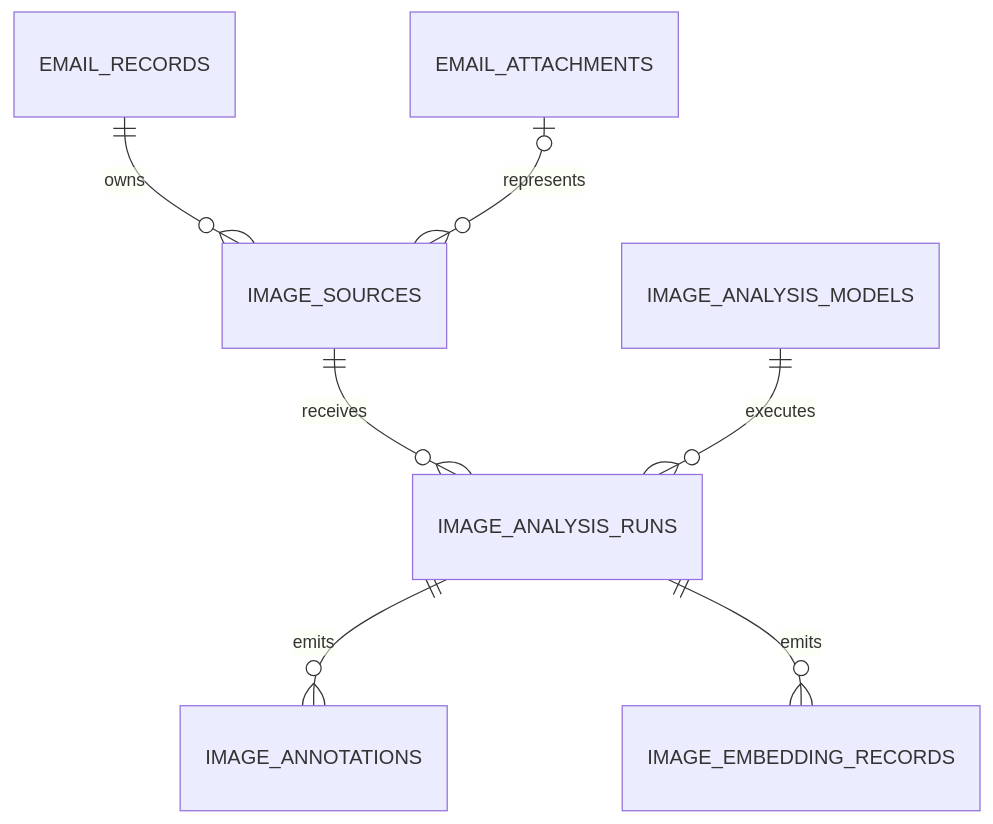
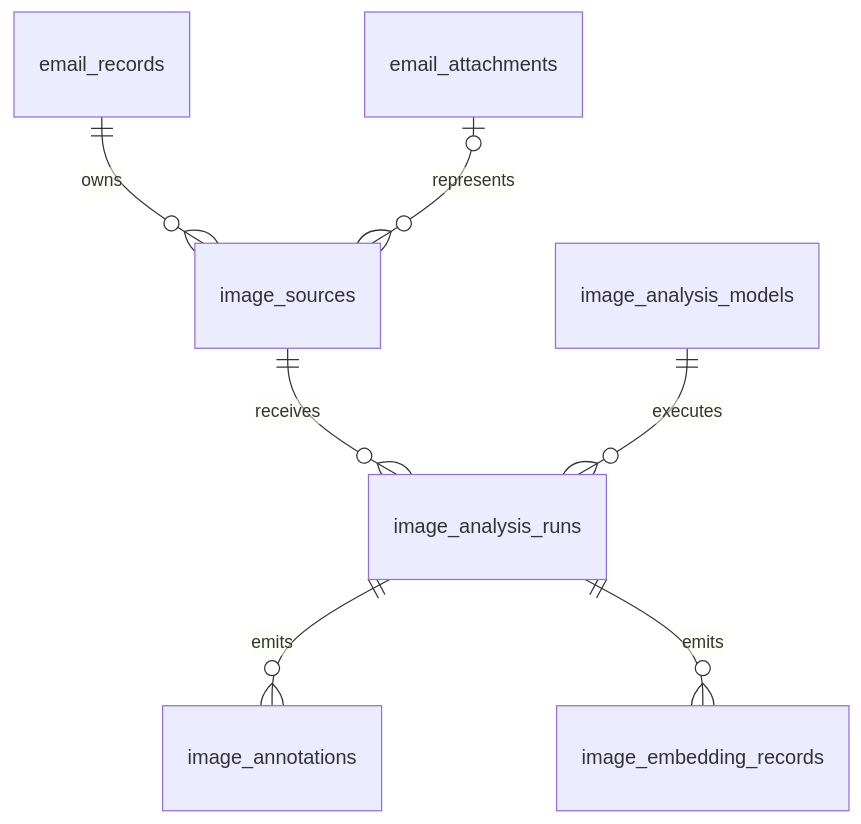
The diagram in docs/adr/0009-image-attachment-metadata-parser.md (ContextualWisdomLab/naruon), drawn with Mermaid before and after one commit.

Commit message:
docs(images): align evidence diagram names

````diff
--- a/docs/adr/0009-image-attachment-metadata-parser.md
+++ b/docs/adr/0009-image-attachment-metadata-parser.md
@@ -48,9 +48,9 @@
 ```mermaid
 erDiagram
-    EMAIL_RECORDS ||--o{ IMAGE_SOURCES : owns
-    EMAIL_ATTACHMENTS |o--o{ IMAGE_SOURCES : represents
-    IMAGE_SOURCES ||--o{ IMAGE_ANALYSIS_RUNS : receives
-    IMAGE_ANALYSIS_MODELS ||--o{ IMAGE_ANALYSIS_RUNS : executes
-    IMAGE_ANALYSIS_RUNS ||--o{ IMAGE_ANNOTATIONS : emits
-    IMAGE_ANALYSIS_RUNS ||--o{ IMAGE_EMBEDDING_RECORDS : emits
+    email_records ||--o{ image_sources : owns
+    email_attachments |o--o{ image_sources : represents
+    image_sources ||--o{ image_analysis_runs : receives
+    image_analysis_models ||--o{ image_analysis_runs : executes
+    image_analysis_runs ||--o{ image_annotations : emits
+    image_analysis_runs ||--o{ image_embedding_records : emits
 ```
````
